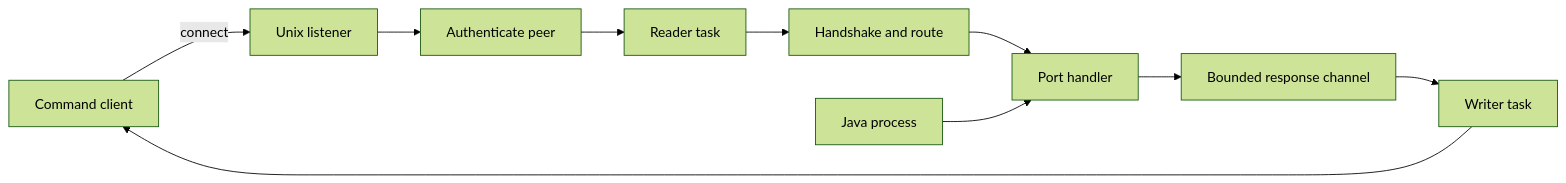
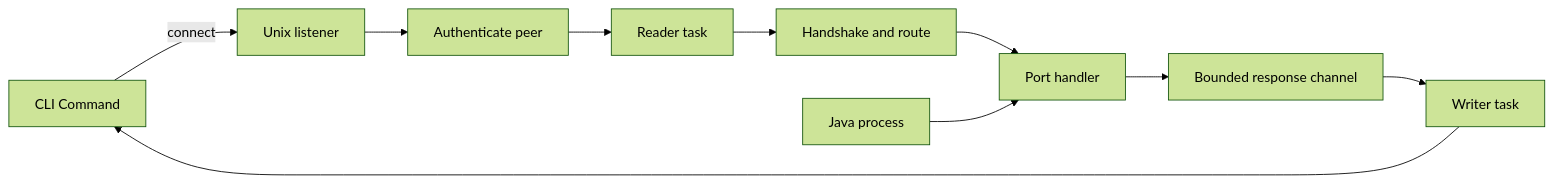
The diagram in docs/architecture/ipc-protocol.md (iktrnch/minegr), drawn with Mermaid (forest theme) before and after one commit. The commit also changed other lines of this file and 18 other files, not shown here.

````diff
--- a/docs/architecture/ipc-protocol.md
+++ b/docs/architecture/ipc-protocol.md
@@ -68,12 +63,12 @@
 ```mermaid
 flowchart LR
-    C[Command client] -->|connect| L[Unix listener]
+    C[CLI Command] -->|connect| L[Unix listener]
     L --> A[Authenticate peer]
     A --> R[Reader task]
     R --> H[Handshake and route]
     H --> P[Port handler]
     P --> Q[Bounded response channel]
     Q --> W[Writer task]
     W --> C
     J[Java process] --> P
 ```
````
